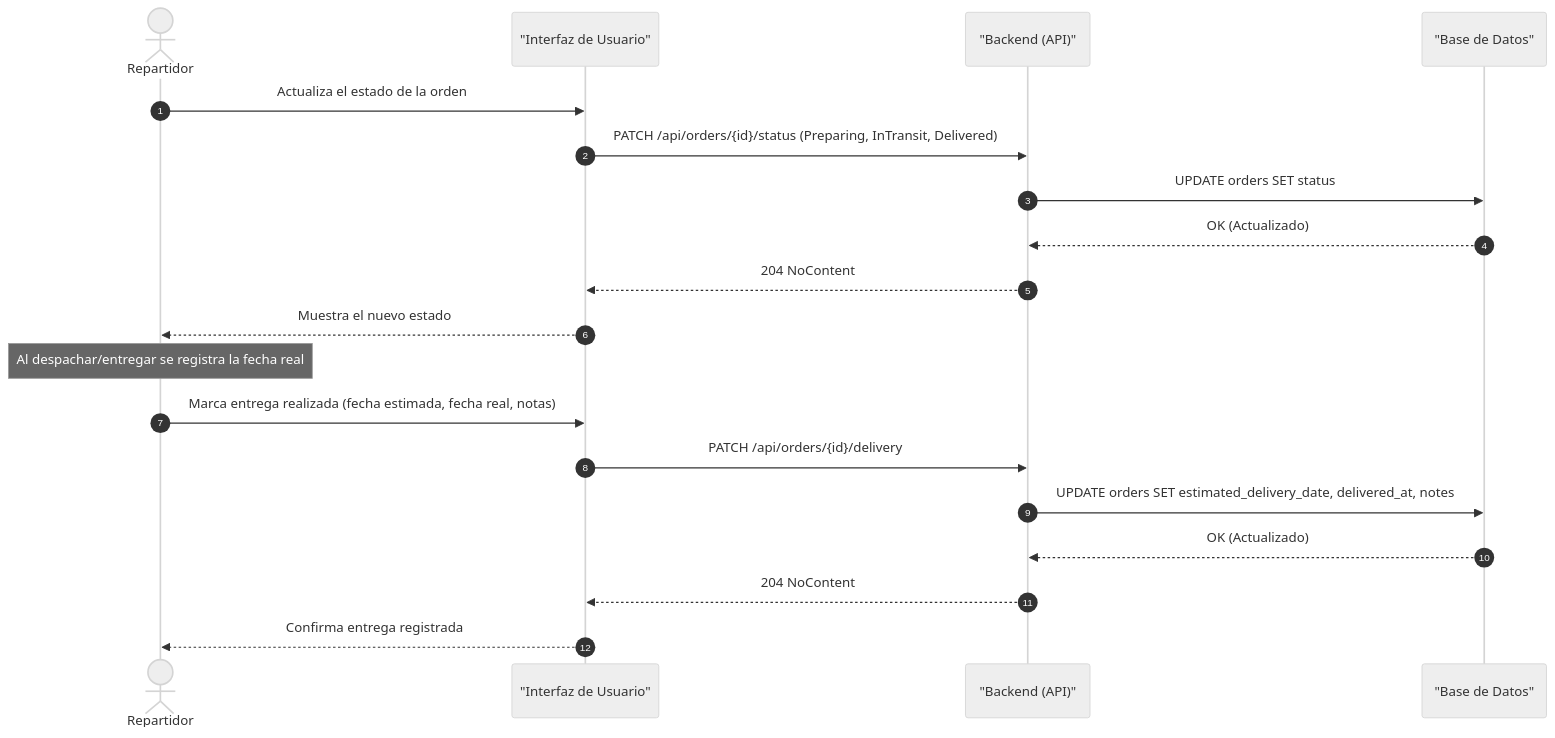
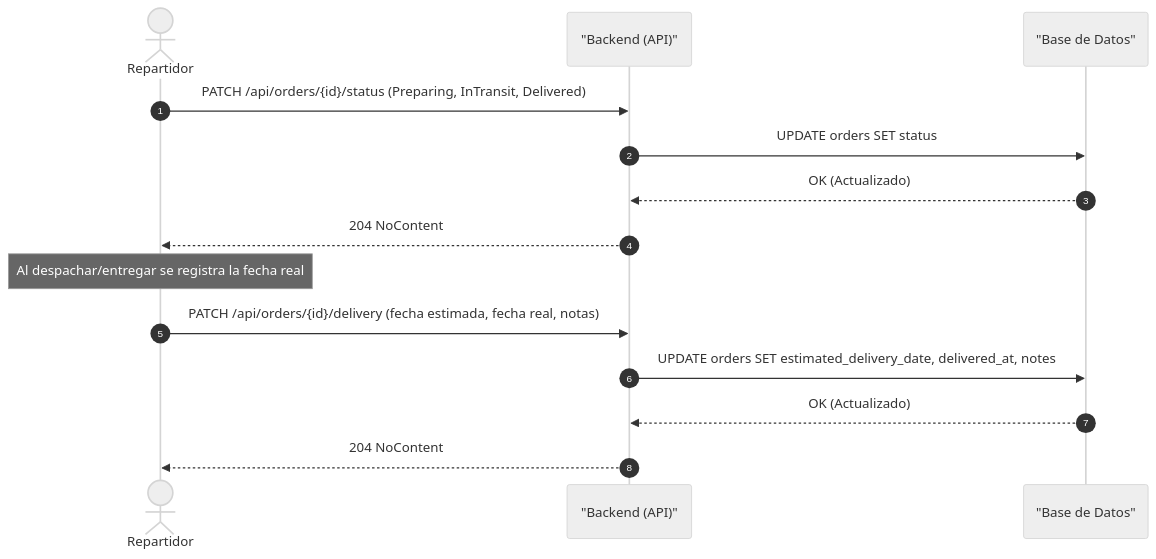
One commit to jbolivarz94/Diplomano.NET changed the fourth of 6 diagrams in retos/proyecto-final/MarketPlace/README.md. Above: the diagram before and after it, drawn with Mermaid (neutral theme). The commit also changed other lines of this file and 17 other files, not shown here.

````diff
--- a/retos/proyecto-final/MarketPlace/README.md
+++ b/retos/proyecto-final/MarketPlace/README.md
@@ -186,22 +177,17 @@
 ```mermaid
 sequenceDiagram
     autonumber
     actor Repartidor
-    participant UI as "Interfaz de Usuario"
     participant API as "Backend (API)"
     participant DB as "Base de Datos"
 
-    Repartidor->>UI: Actualiza el estado de la orden
-    UI->>API: PATCH /api/orders/{id}/status (Preparing, InTransit, Delivered)
+    Repartidor->>API: PATCH /api/orders/{id}/status (Preparing, InTransit, Delivered)
     API->>DB: UPDATE orders SET status
     DB-->>API: OK (Actualizado)
-    API-->>UI: 204 NoContent
-    UI-->>Repartidor: Muestra el nuevo estado
+    API-->>Repartidor: 204 NoContent
     Note over Repartidor: Al despachar/entregar se registra la fecha real
-    Repartidor->>UI: Marca entrega realizada (fecha estimada, fecha real, notas)
-    UI->>API: PATCH /api/orders/{id}/delivery
+    Repartidor->>API: PATCH /api/orders/{id}/delivery (fecha estimada, fecha real, notas)
     API->>DB: UPDATE orders SET estimated_delivery_date, delivered_at, notes
     DB-->>API: OK (Actualizado)
-    API-->>UI: 204 NoContent
-    UI-->>Repartidor: Confirma entrega registrada
+    API-->>Repartidor: 204 NoContent
 ```
````
